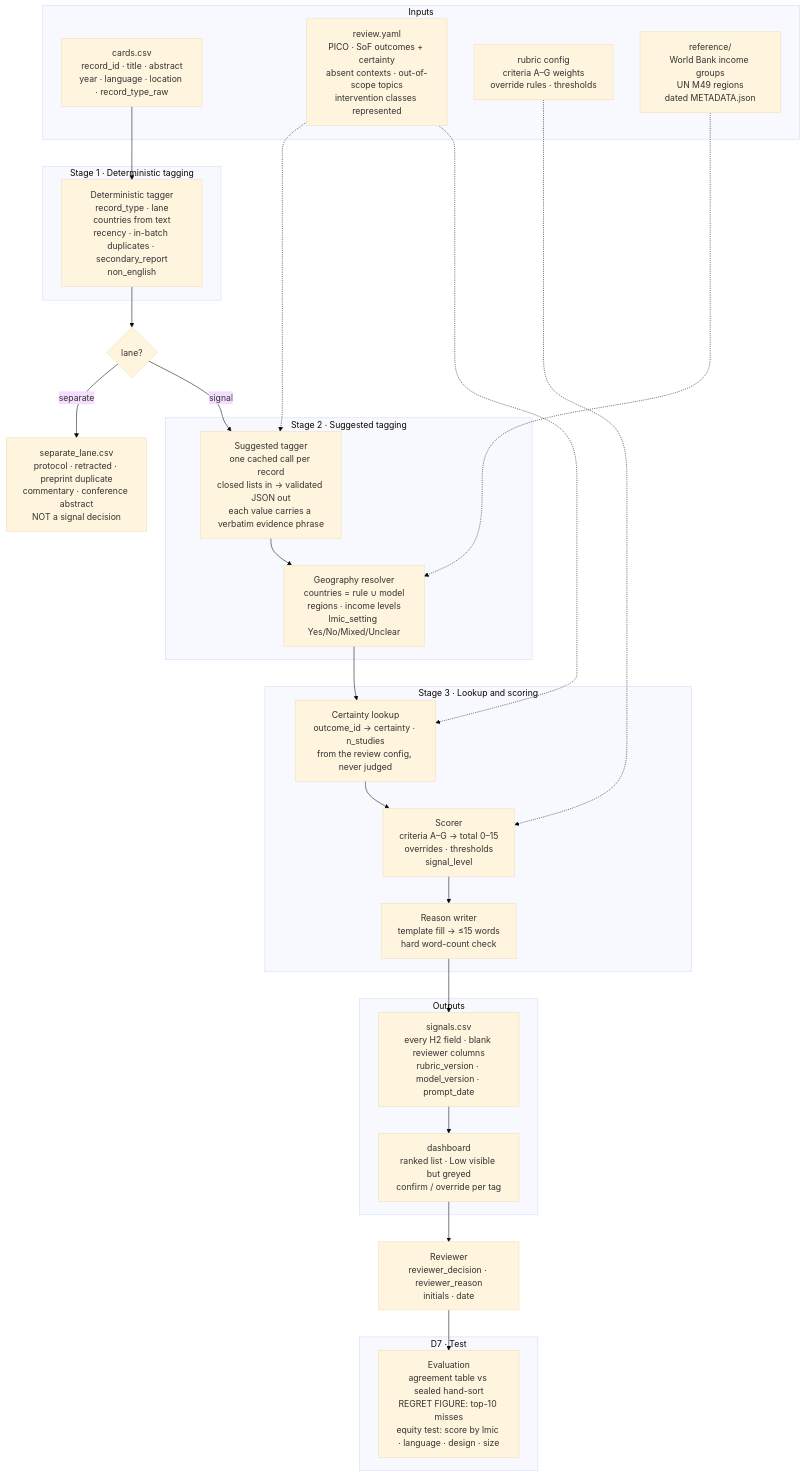
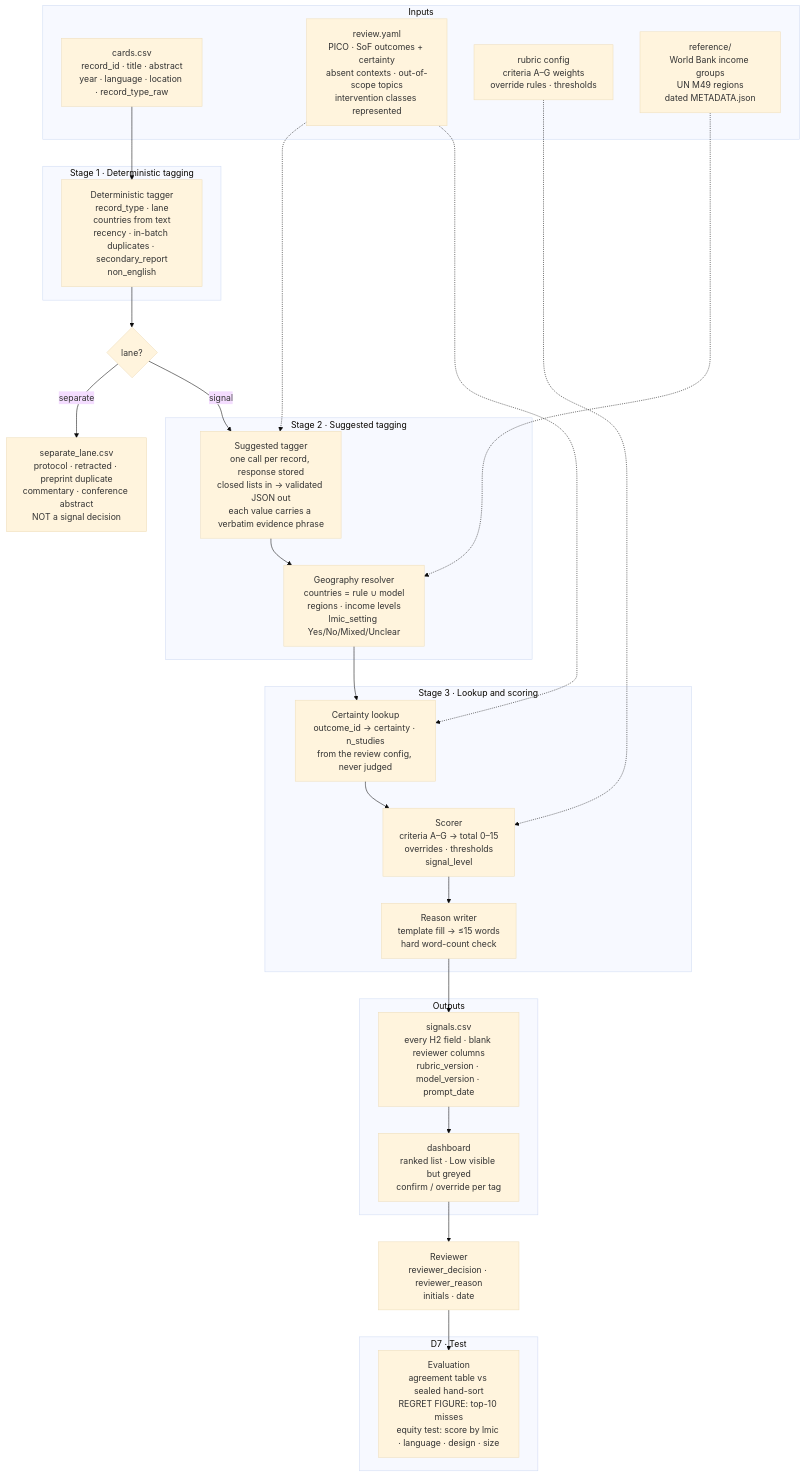
Before and after one commit to penkin/living-systematic-review: the first of 2 diagrams in SPEC.md, drawn with Mermaid (base theme). The commit also changed other lines of this file and 52 other files, not shown here.

````diff
--- a/SPEC.md
+++ b/SPEC.md
@@ -21,53 +21,53 @@
 ```mermaid
 flowchart TD
     subgraph inputs [Inputs]
         CSV["cards.csv<br/>record_id · title · abstract<br/>year · language · location · record_type_raw"]
         REV["review.yaml<br/>PICO · SoF outcomes + certainty<br/>absent contexts · out-of-scope topics<br/>intervention classes represented"]
         RUB["rubric config<br/>criteria A–G weights<br/>override rules · thresholds"]
         REF["reference/<br/>World Bank income groups<br/>UN M49 regions<br/>dated METADATA.json"]
     end
 
     CSV --> RULES
 
     subgraph stage1 [Stage 1 · Deterministic tagging]
         RULES["Deterministic tagger<br/>record_type · lane<br/>countries from text<br/>recency · in-batch duplicates · secondary_report<br/>non_english"]
     end
 
     RULES --> LANE{lane?}
     LANE -- separate --> SEP["separate_lane.csv<br/>protocol · retracted · preprint duplicate<br/>commentary · conference abstract<br/>NOT a signal decision"]
     LANE -- signal --> LLM
 
     subgraph stage2 [Stage 2 · Suggested tagging]
-        LLM["Suggested tagger<br/>one cached call per record<br/>closed lists in → validated JSON out<br/>each value carries a verbatim evidence phrase"]
+        LLM["Suggested tagger<br/>one call per record, response stored<br/>closed lists in → validated JSON out<br/>each value carries a verbatim evidence phrase"]
         GEO["Geography resolver<br/>countries = rule ∪ model<br/>regions · income levels<br/>lmic_setting Yes/No/Mixed/Unclear"]
         LLM --> GEO
     end
     REV -.-> LLM
     REF -.-> GEO
 
     GEO --> LOOKUP
 
     subgraph stage3 [Stage 3 · Lookup and scoring]
         LOOKUP["Certainty lookup<br/>outcome_id → certainty · n_studies<br/>from the review config, never judged"]
         SCORE["Scorer<br/>criteria A–G → total 0–15<br/>overrides · thresholds<br/>signal_level"]
         REASON["Reason writer<br/>template fill → ≤15 words<br/>hard word-count check"]
         LOOKUP --> SCORE --> REASON
     end
     REV -.-> LOOKUP
     RUB -.-> SCORE
 
     REASON --> OUT
 
     subgraph outputs [Outputs]
         OUT["signals.csv<br/>every H2 field · blank reviewer columns<br/>rubric_version · model_version · prompt_date"]
         DASH["dashboard<br/>ranked list · Low visible but greyed<br/>confirm / override per tag"]
         OUT --> DASH
     end
 
     DASH --> HUMAN["Reviewer<br/>reviewer_decision · reviewer_reason<br/>initials · date"]
     HUMAN --> TEST
 
     subgraph d7 [D7 · Test]
         TEST["Evaluation<br/>agreement table vs sealed hand-sort<br/>REGRET FIGURE: top-10 misses<br/>equity test: score by lmic · language · design · size"]
     end
 ```
````
